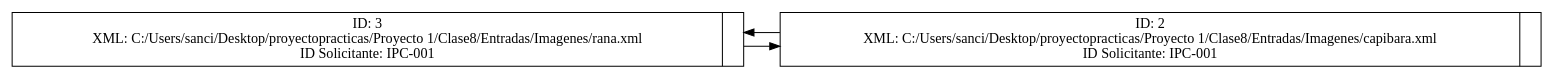
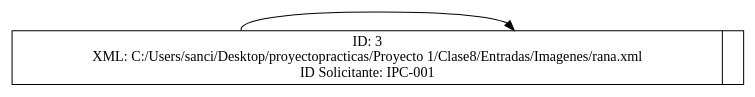
The diagram in Proyecto 1/Clase8/reportesdot/listaCircular.dot (C-arl-os/-IPC2_ProyectoVD2024_-202201131), drawn with Graphviz before and after one commit. The commit also changed 16 other files, not shown here.

```diff
--- a/Proyecto 1/Clase8/reportesdot/listaCircular.dot
+++ b/Proyecto 1/Clase8/reportesdot/listaCircular.dot
@@ -1,8 +1,6 @@
 digraph G {
     rankdir=LR;
     node[shape=record, height=.1]
 nodo0[label="{ID: 3\nXML: C:/Users/sanci/Desktop/proyectopracticas/Proyecto 1/Clase8/Entradas/Imagenes/rana.xml\nID Solicitante: IPC-001|<f1>}"];
-nodo1[label="{ID: 2\nXML: C:/Users/sanci/Desktop/proyectopracticas/Proyecto 1/Clase8/Entradas/Imagenes/capibara.xml\nID Solicitante: IPC-001|<f1>}"];
-nodo0 -> nodo1;
-nodo1 -> nodo0[constraint=false];
+nodo0 -> nodo0[constraint=false];
 }
```
